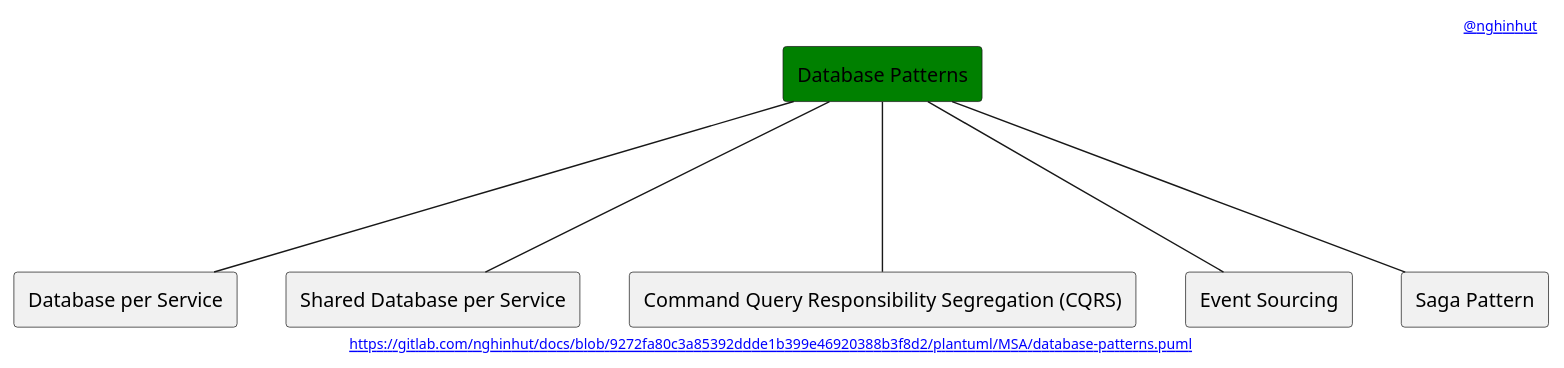
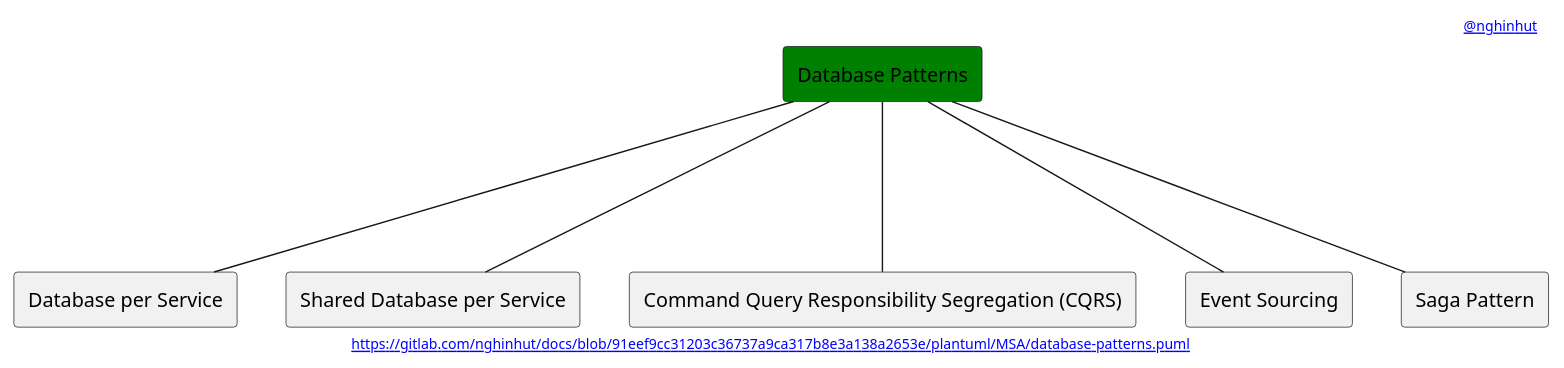
Before and after one commit to nghinhut/docs: the diagram in plantuml/MSA/database-patterns.puml, drawn with PlantUML. The commit also changed 24 other files, not shown here.

Commit message:
docs(plantuml): update headers

```diff
--- a/plantuml/MSA/database-patterns.puml
+++ b/plantuml/MSA/database-patterns.puml
@@ -1,20 +1,20 @@
 @startuml
 '-----START auto generated metadata please keep comment here to allow auto update-----
 '-----DON'T EDIT THIS SECTION, INSTEAD RE-RUN prebuild.sh TO UPDATE-----
-header [[https://www.nghinhut.dev?from=http%5C%3A%5C%2F%5C%2Fwww%5C.plantuml%5C.com%5C%2Fplantuml%5C%2Fproxy%3Ffmt%3Dsvg%5C%26src%3Dhttps%5C%3A%5C%2F%5C%2Fgitlab%5C.com%5C%2Fnghinhut%5C%2Fdocs%5C%2Fraw%5C%2F9272fa80c3a85392ddde1b399e46920388b3f8d2%5C%2Fplantuml%5C%2FMSA%5C%2Fdatabase-patterns%5C.puml%0A @nghinhut]]
-footer [[http://www.plantuml.com/plantuml/proxy?fmt=svg&src=https://gitlab.com/nghinhut/docs/raw/9272fa80c3a85392ddde1b399e46920388b3f8d2/plantuml/MSA/database-patterns.puml https://gitlab.com/nghinhut/docs/blob/9272fa80c3a85392ddde1b399e46920388b3f8d2/plantuml/MSA/database-patterns.puml]]
+header [[https://www.nghinhut.dev?from=http%5C%3A%5C%2F%5C%2Fwww%5C.plantuml%5C.com%5C%2Fplantuml%5C%2Fproxy%3Ffmt%3Dsvg%5C%26src%3Dhttps%5C%3A%5C%2F%5C%2Fgitlab%5C.com%5C%2Fnghinhut%5C%2Fdocs%5C%2Fraw%5C%2F91eef9cc31203c36737a9ca317b8e3a138a2653e%5C%2Fplantuml%5C%2FMSA%5C%2Fdatabase-patterns%5C.puml%0A @nghinhut]]
+footer [[http://www.plantuml.com/plantuml/proxy?fmt=svg&src=https://gitlab.com/nghinhut/docs/raw/91eef9cc31203c36737a9ca317b8e3a138a2653e/plantuml/MSA/database-patterns.puml https://gitlab.com/nghinhut/docs/blob/91eef9cc31203c36737a9ca317b8e3a138a2653e/plantuml/MSA/database-patterns.puml]]
 '-----END auto generated metadata please keep comment here to allow auto update-----
 
 rectangle "Database Patterns" as Database #green
 
 rectangle "Database per Service" as DatabaseP1
 rectangle "Shared Database per Service" as DatabaseP2
 rectangle "Command Query Responsibility Segregation (CQRS)" as DatabaseP3
 rectangle "Event Sourcing" as DatabaseP4
 rectangle "Saga Pattern" as DatabaseP5
 Database --- DatabaseP1
 Database --- DatabaseP2
 Database --- DatabaseP3
 Database --- DatabaseP4
 Database --- DatabaseP5
 @enduml
```
